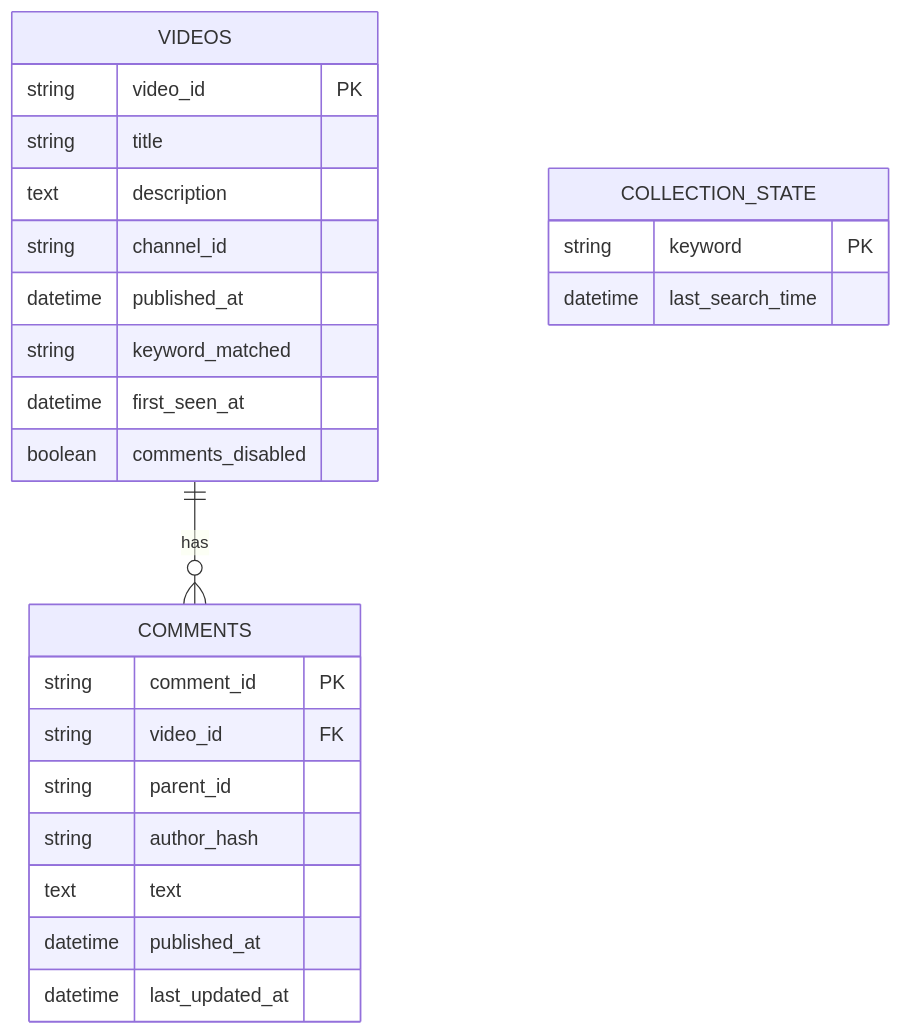
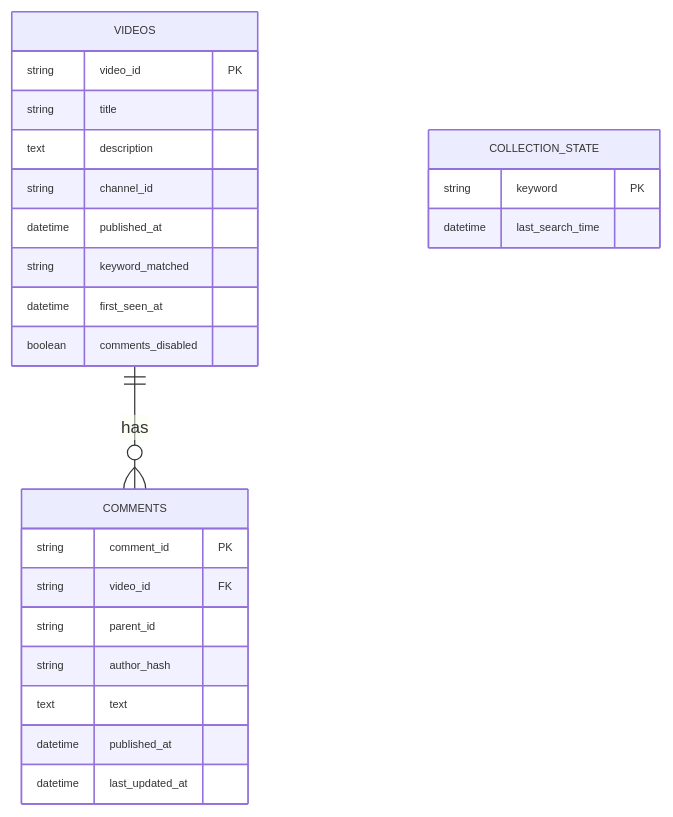
One commit to sibi-seeni/CAP5771_si.seenivasan changed the diagram in README.md. Above: the diagram before and after it, drawn with Mermaid.

Commit message:
Update ER Diagram in README.md

````diff
--- a/README.md
+++ b/README.md
@@ -51,30 +51,35 @@
 ```mermaid
+%%{init: {
+  "themeVariables": {
+    "fontSize": "9px"
+  }
+}}%%
 erDiagram
     VIDEOS {
         string video_id PK
         string title
         text description
         string channel_id
         datetime published_at
         string keyword_matched
         datetime first_seen_at
         boolean comments_disabled
     }
 
     COMMENTS {
         string comment_id PK
         string video_id FK
         string parent_id
         string author_hash
         text text
         datetime published_at
         datetime last_updated_at
     }
 
     COLLECTION_STATE {
         string keyword PK
         datetime last_search_time
     }
 
     VIDEOS ||--o{ COMMENTS : has
 ```
````
